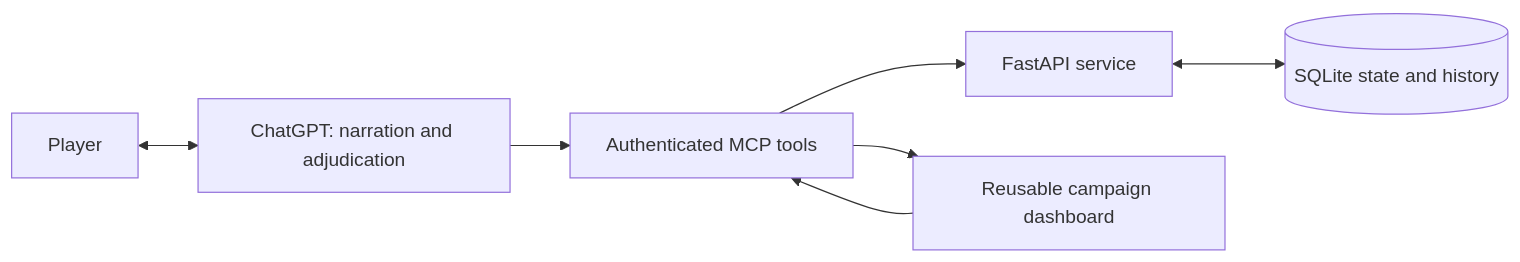
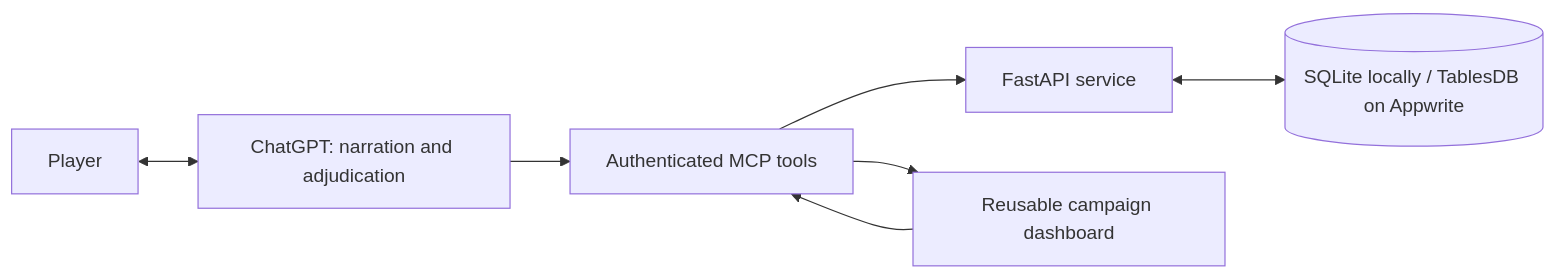
The diagram in README.md (DeonHolo/DnDGPT), drawn with Mermaid before and after one commit. The commit also changed other lines of this file and 3 other files, not shown here.

````diff
--- a/README.md
+++ b/README.md
@@ -18,9 +18,9 @@
 ```mermaid
 flowchart LR
     Player <--> ChatGPT[ChatGPT: narration and adjudication]
     ChatGPT --> MCP[Authenticated MCP tools]
     MCP --> Service[FastAPI service]
-    Service <--> DB[(SQLite state and history)]
+    Service <--> DB[(SQLite locally / TablesDB on Appwrite)]
     MCP --> UI[Reusable campaign dashboard]
     UI --> MCP
 ```
````
